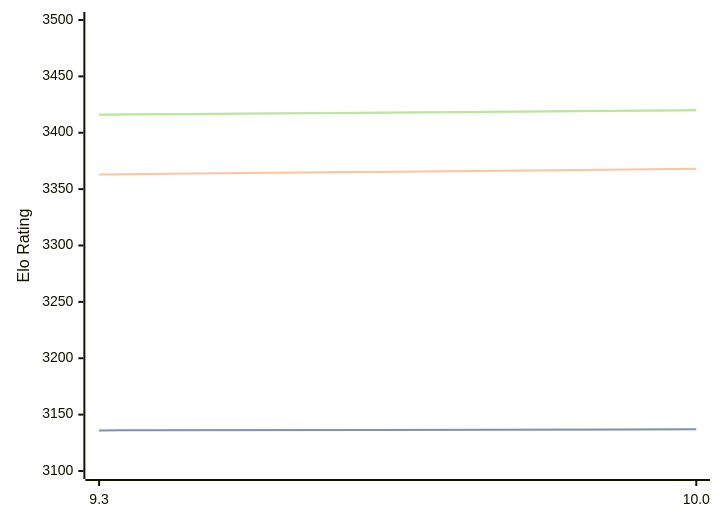
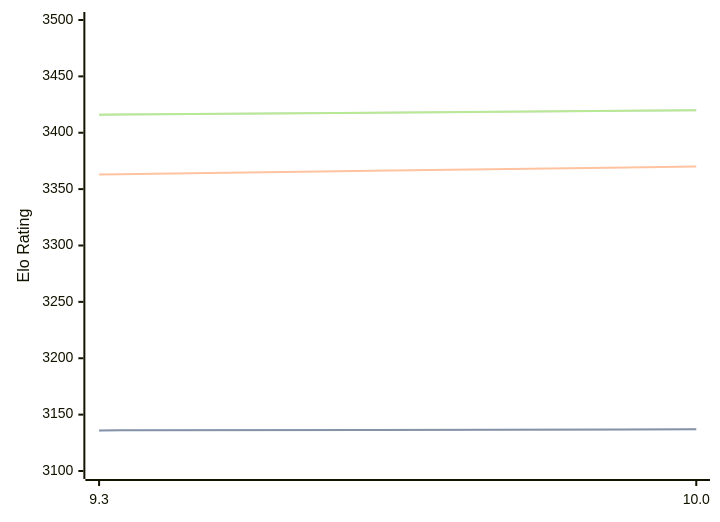
One commit to computer-chess-index/cci changed the diagram in engines/Fire.md. Above: the diagram before and after it, drawn with Mermaid. The commit also changed other lines of this file, not shown here.

````diff
--- a/engines/Fire.md
+++ b/engines/Fire.md
@@ -32,11 +32,11 @@
 ```mermaid
 %%{init: {"theme":"base","themeVariables":{"seriesColors:['#a3a3a3','#222221','#faa371']}}}%%
 xychart-beta
   x-axis ["9.3", "10.0"]
   y-axis "Elo Rating" 3100 --> 3500
   line "STC (8.0+0.08s)" [3136, 3137]
   line "STC (8.0+0.08s)" [3136, 3137]
-  line "LTC (60.0+0.60s)" [3363, 3368]
+  line "LTC (60.0+0.60s)" [3363, 3370]
   line "VLTC (2m24s+1.12s)" [3416, 3420]
   line "VLTC (2m24s+1.12s)" [3416, 3420]
 ```
````
